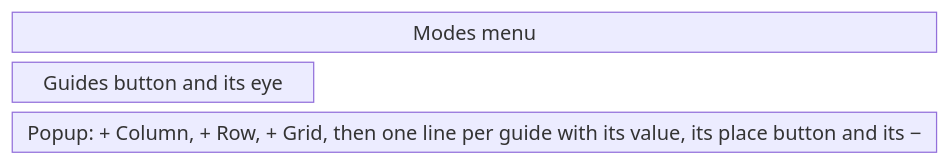
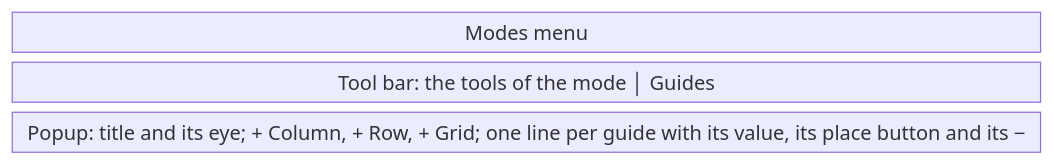
Before and after one commit to AlexandreGallais/synoptic-studio-spec: the first of 2 diagrams in symbols/03-editor/layout-guides.md, drawn with Mermaid. The commit also changed other lines of this file and 32 other files, not shown here.

````diff
--- a/symbols/03-editor/layout-guides.md
+++ b/symbols/03-editor/layout-guides.md
@@ -27,7 +28,7 @@
 ```mermaid
 block-beta
     columns 3
     modes["Modes menu"]:3
-    guides["Guides button and its eye"] space:2
-    popup["Popup: + Column, + Row, + Grid, then one line per guide with its value, its place button and its −"]:3
+    tools["Tool bar: the tools of the mode │ Guides"]:3
+    popup["Popup: title and its eye; + Column, + Row, + Grid; one line per guide with its value, its place button and its −"]:3
 ```
````
